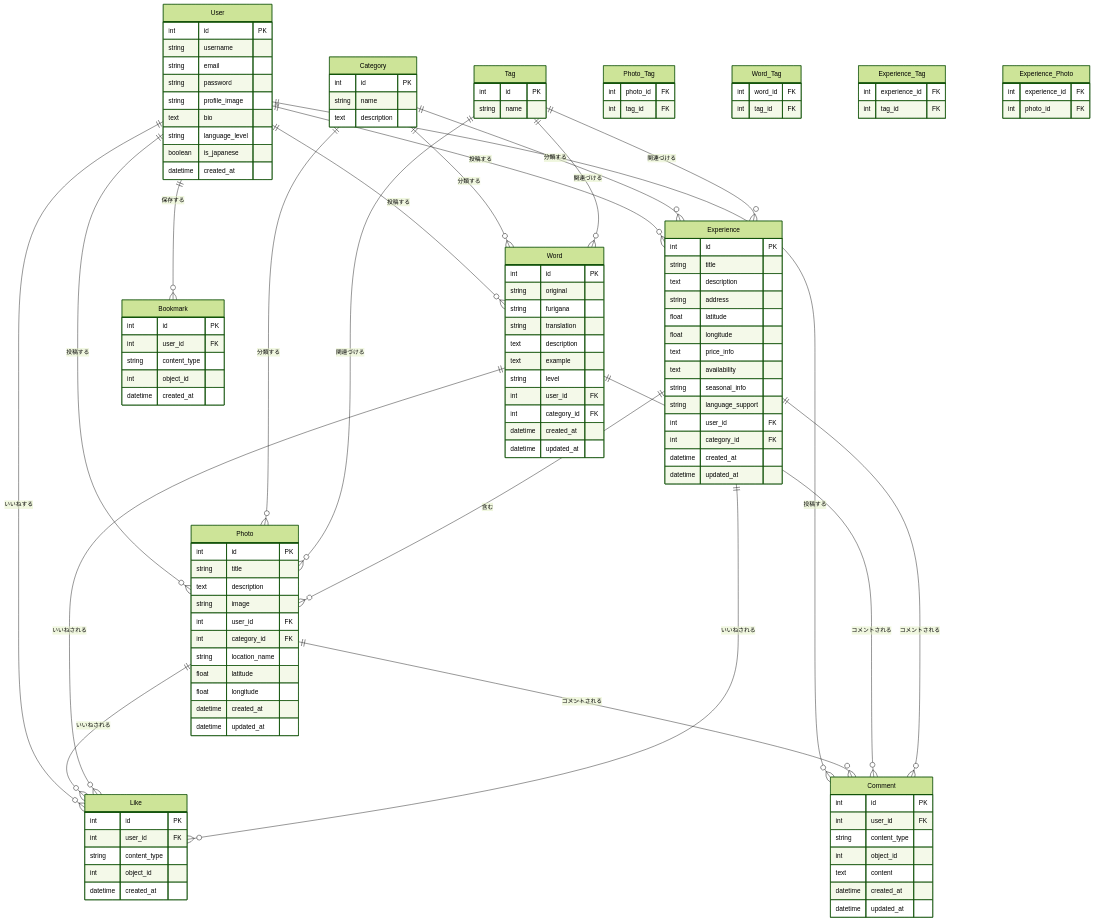
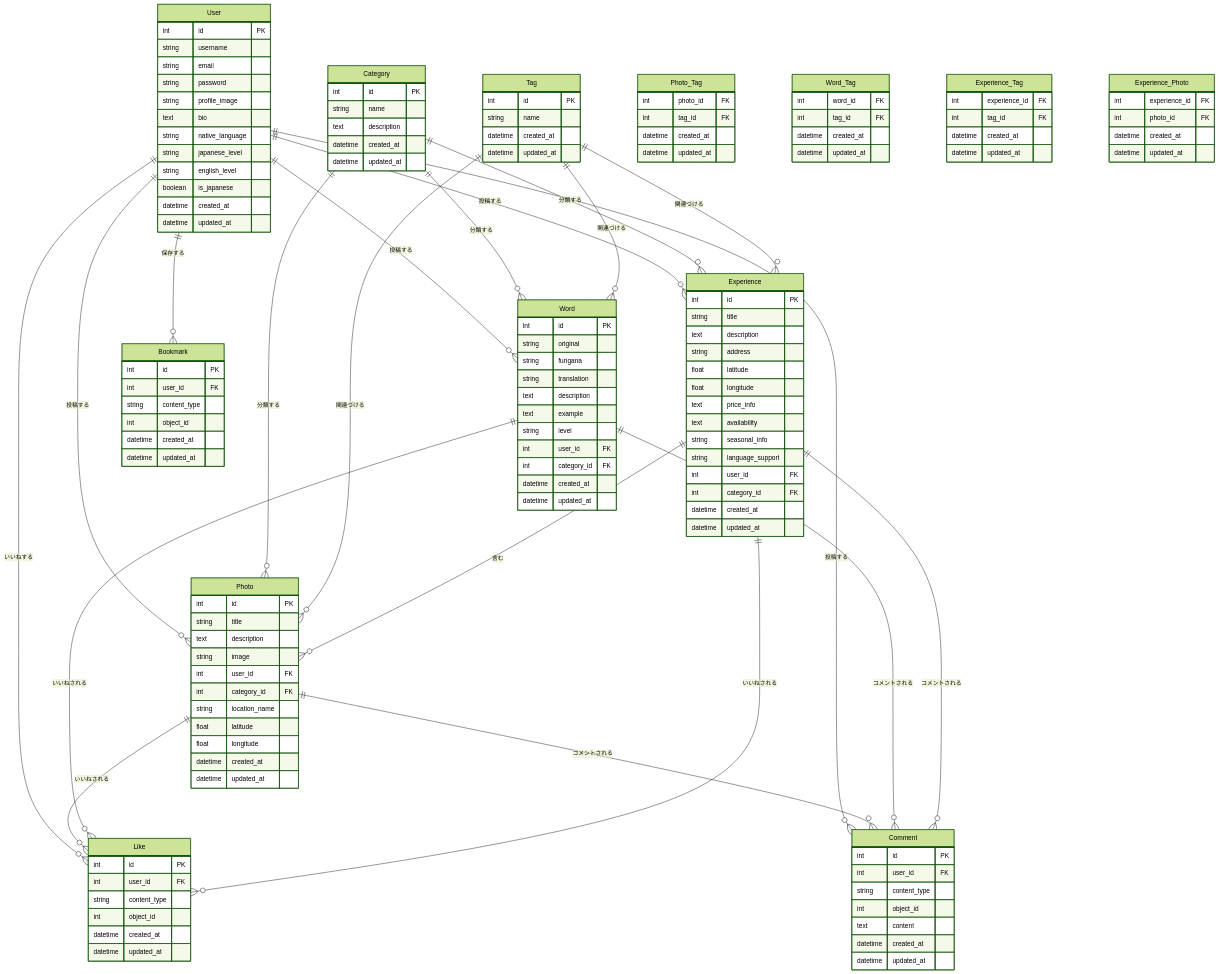
Before and after one commit to hirokishimizu39/ThisIsJapan2: the diagram in docs/database/database-design.md, drawn with Mermaid (forest theme). The commit also changed other lines of this file and 4 other files, not shown here.

````diff
--- a/docs/database/database-design.md
+++ b/docs/database/database-design.md
@@ -31,20 +31,27 @@
         string password
         string profile_image
         text bio
-        string language_level
+        string native_language
+        string japanese_level
+        string english_level
         boolean is_japanese
         datetime created_at
+        datetime updated_at
     }
 
     Category {
         int id PK
         string name
         text description
+        datetime created_at
+        datetime updated_at
     }
 
     Tag {
         int id PK
         string name
+        datetime created_at
+        datetime updated_at
     }
 
     Photo {
@@ -108,6 +115,7 @@
         string content_type
         int object_id
         datetime created_at
+        datetime updated_at
     }
 
     Bookmark {
@@ -116,25 +124,34 @@
         string content_type
         int object_id
         datetime created_at
+        datetime updated_at
     }
 
     Photo_Tag {
         int photo_id FK
         int tag_id FK
+        datetime created_at
+        datetime updated_at
     }
 
     Word_Tag {
         int word_id FK
         int tag_id FK
+        datetime created_at
+        datetime updated_at
     }
 
     Experience_Tag {
         int experience_id FK
         int tag_id FK
+        datetime created_at
+        datetime updated_at
     }
 
     Experience_Photo {
         int experience_id FK
         int photo_id FK
+        datetime created_at
+        datetime updated_at
     }
 ```
````
